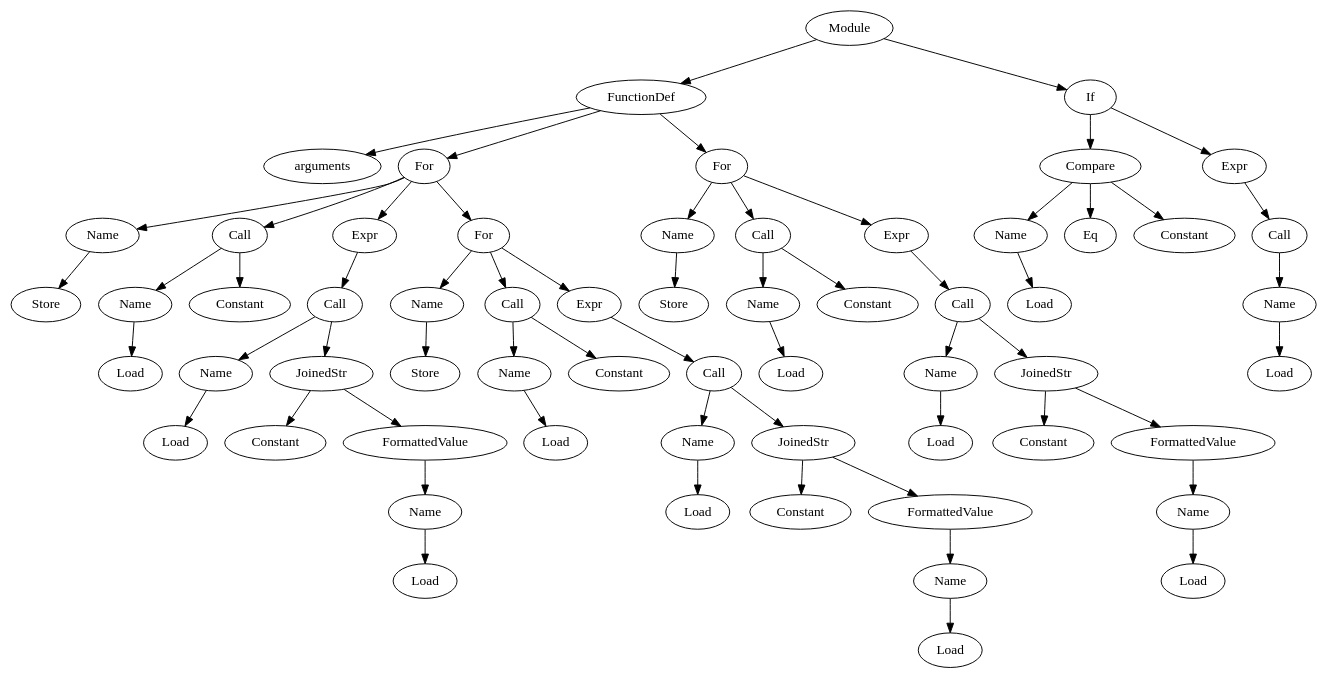
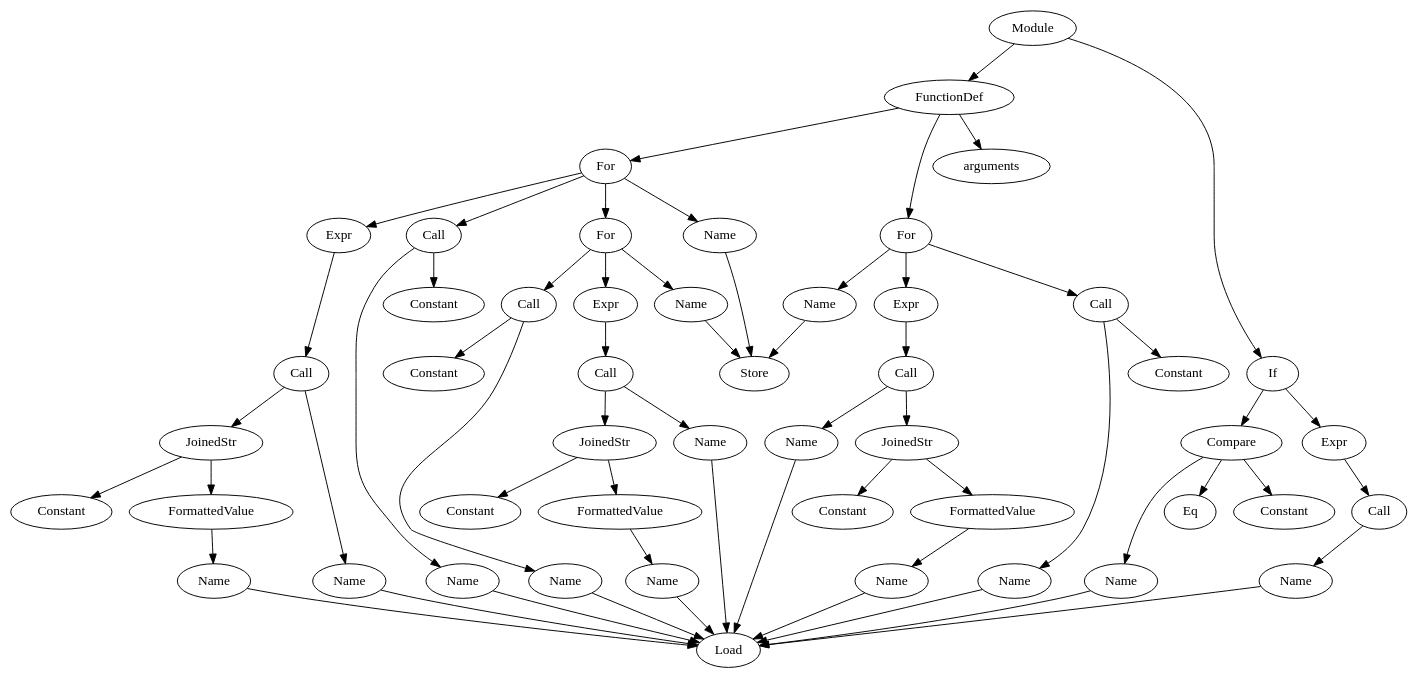
The diagram in output/output.dot (UnTea/Compiler-ish), drawn with Graphviz before and after one commit. The commit also changed 4 other files, not shown here.

Commit message:
add graph ir

```diff
--- a/output/output.dot
+++ b/output/output.dot
@@ -1,123 +1,123 @@
 digraph AST {
-	"0" [label = "Module"]
-	"0" -> "1"
-	"1" [label = "FunctionDef"]
-	"1" -> "2"
-	"2" [label = "arguments"]
-	"1" -> "3"
-	"3" [label = "For"]
-	"3" -> "4"
-	"4" [label = "Name"]
-	"4" -> "5"
-	"5" [label = "Store"]
-	"3" -> "6"
-	"6" [label = "Call"]
-	"6" -> "7"
-	"7" [label = "Name"]
-	"7" -> "8"
-	"8" [label = "Load"]
-	"6" -> "9"
-	"9" [label = "Constant"]
-	"3" -> "10"
-	"10" [label = "Expr"]
-	"10" -> "11"
-	"11" [label = "Call"]
-	"11" -> "12"
-	"12" [label = "Name"]
-	"12" -> "13"
-	"13" [label = "Load"]
-	"11" -> "14"
-	"14" [label = "JoinedStr"]
-	"14" -> "15"
-	"15" [label = "Constant"]
-	"14" -> "16"
-	"16" [label = "FormattedValue"]
-	"16" -> "17"
-	"17" [label = "Name"]
-	"17" -> "18"
-	"18" [label = "Load"]
-	"3" -> "19"
-	"19" [label = "For"]
-	"19" -> "20"
-	"20" [label = "Name"]
-	"20" -> "21"
-	"21" [label = "Store"]
-	"19" -> "22"
-	"22" [label = "Call"]
-	"22" -> "23"
-	"23" [label = "Name"]
-	"23" -> "24"
-	"24" [label = "Load"]
-	"22" -> "25"
-	"25" [label = "Constant"]
-	"19" -> "26"
-	"26" [label = "Expr"]
-	"26" -> "27"
-	"27" [label = "Call"]
-	"27" -> "28"
-	"28" [label = "Name"]
-	"28" -> "29"
-	"29" [label = "Load"]
-	"27" -> "30"
-	"30" [label = "JoinedStr"]
-	"30" -> "31"
-	"31" [label = "Constant"]
-	"30" -> "32"
-	"32" [label = "FormattedValue"]
-	"32" -> "33"
-	"33" [label = "Name"]
-	"33" -> "34"
-	"34" [label = "Load"]
-	"1" -> "35"
-	"35" [label = "For"]
-	"35" -> "36"
-	"36" [label = "Name"]
-	"36" -> "37"
-	"37" [label = "Store"]
-	"35" -> "38"
-	"38" [label = "Call"]
-	"38" -> "39"
-	"39" [label = "Name"]
-	"39" -> "40"
-	"40" [label = "Load"]
-	"38" -> "41"
-	"41" [label = "Constant"]
-	"35" -> "42"
-	"42" [label = "Expr"]
-	"42" -> "43"
-	"43" [label = "Call"]
-	"43" -> "44"
-	"44" [label = "Name"]
-	"44" -> "45"
-	"45" [label = "Load"]
-	"43" -> "46"
-	"46" [label = "JoinedStr"]
-	"46" -> "47"
-	"47" [label = "Constant"]
-	"46" -> "48"
-	"48" [label = "FormattedValue"]
-	"48" -> "49"
-	"49" [label = "Name"]
-	"49" -> "50"
-	"50" [label = "Load"]
-	"0" -> "51"
-	"51" [label = "If"]
-	"51" -> "52"
-	"52" [label = "Compare"]
-	"52" -> "53"
-	"53" [label = "Name"]
-	"53" -> "54"
-	"54" [label = "Load"]
-	"52" -> "55"
-	"55" [label = "Eq"]
-	"52" -> "56"
-	"56" [label = "Constant"]
-	"51" -> "57"
-	"57" [label = "Expr"]
-	"57" -> "58"
-	"58" [label = "Call"]
-	"58" -> "59"
-	"59" [label = "Name"]
-	"59" -> "60"
-	"60" [label = "Load"]
+	"2815428092560" [label = "Module"]
+	"2815428092560" -> "2815428092608"
+	"2815428092560" -> "2815428092656"
+	"2815428092608" [label = "FunctionDef"]
+	"2815428092608" -> "2815428092704"
+	"2815428092608" -> "2815428092752"
+	"2815428092608" -> "2815428092848"
+	"2815428092704" [label = "arguments"]
+	"2815428092752" [label = "For"]
+	"2815428092752" -> "2815428092800"
+	"2815428092752" -> "2815428092896"
+	"2815428092752" -> "2815428092992"
+	"2815428092752" -> "2815428093472"
+	"2815428092800" [label = "Name"]
+	"2815428092800" -> "2815427706944"
+	"2815427706944" [label = "Store"]
+	"2815428092896" [label = "Call"]
+	"2815428092896" -> "2815428092944"
+	"2815428092896" -> "2815428093040"
+	"2815428092944" [label = "Name"]
+	"2815428092944" -> "2815427707040"
+	"2815427707040" [label = "Load"]
+	"2815428093040" [label = "Constant"]
+	"2815428092992" [label = "Expr"]
+	"2815428092992" -> "2815428093088"
+	"2815428093088" [label = "Call"]
+	"2815428093088" -> "2815428093136"
+	"2815428093088" -> "2815428093184"
+	"2815428093136" [label = "Name"]
+	"2815428093136" -> "2815427707040"
+	"2815427707040" [label = "Load"]
+	"2815428093184" [label = "JoinedStr"]
+	"2815428093184" -> "2815428093232"
+	"2815428093184" -> "2815428093280"
+	"2815428093232" [label = "Constant"]
+	"2815428093280" [label = "FormattedValue"]
+	"2815428093280" -> "2815428093328"
+	"2815428093328" [label = "Name"]
+	"2815428093328" -> "2815427707040"
+	"2815427707040" [label = "Load"]
+	"2815428093472" [label = "For"]
+	"2815428093472" -> "2815428093520"
+	"2815428093472" -> "2815428093616"
+	"2815428093472" -> "2815428093760"
+	"2815428093520" [label = "Name"]
+	"2815428093520" -> "2815427706944"
+	"2815427706944" [label = "Store"]
+	"2815428093616" [label = "Call"]
+	"2815428093616" -> "2815428093664"
+	"2815428093616" -> "2815428093712"
+	"2815428093664" [label = "Name"]
+	"2815428093664" -> "2815427707040"
+	"2815427707040" [label = "Load"]
+	"2815428093712" [label = "Constant"]
+	"2815428093760" [label = "Expr"]
+	"2815428093760" -> "2815428093808"
+	"2815428093808" [label = "Call"]
+	"2815428093808" -> "2815428093856"
+	"2815428093808" -> "2815428093904"
+	"2815428093856" [label = "Name"]
+	"2815428093856" -> "2815427707040"
+	"2815427707040" [label = "Load"]
+	"2815428093904" [label = "JoinedStr"]
+	"2815428093904" -> "2815428093952"
+	"2815428093904" -> "2815428094000"
+	"2815428093952" [label = "Constant"]
+	"2815428094000" [label = "FormattedValue"]
+	"2815428094000" -> "2815428094048"
+	"2815428094048" [label = "Name"]
+	"2815428094048" -> "2815427707040"
+	"2815427707040" [label = "Load"]
+	"2815428092848" [label = "For"]
+	"2815428092848" -> "2815428093568"
+	"2815428092848" -> "2815428094192"
+	"2815428092848" -> "2815428094336"
+	"2815428093568" [label = "Name"]
+	"2815428093568" -> "2815427706944"
+	"2815427706944" [label = "Store"]
+	"2815428094192" [label = "Call"]
+	"2815428094192" -> "2815428094240"
+	"2815428094192" -> "2815428094288"
+	"2815428094240" [label = "Name"]
+	"2815428094240" -> "2815427707040"
+	"2815427707040" [label = "Load"]
+	"2815428094288" [label = "Constant"]
+	"2815428094336" [label = "Expr"]
+	"2815428094336" -> "2815428094384"
+	"2815428094384" [label = "Call"]
+	"2815428094384" -> "2815428094432"
+	"2815428094384" -> "2815428094480"
+	"2815428094432" [label = "Name"]
+	"2815428094432" -> "2815427707040"
+	"2815427707040" [label = "Load"]
+	"2815428094480" [label = "JoinedStr"]
+	"2815428094480" -> "2815428094528"
+	"2815428094480" -> "2815428094576"
+	"2815428094528" [label = "Constant"]
+	"2815428094576" [label = "FormattedValue"]
+	"2815428094576" -> "2815428094624"
+	"2815428094624" [label = "Name"]
+	"2815428094624" -> "2815427707040"
+	"2815427707040" [label = "Load"]
+	"2815428092656" [label = "If"]
+	"2815428092656" -> "2815428094768"
+	"2815428092656" -> "2815428094960"
+	"2815428094768" [label = "Compare"]
+	"2815428094768" -> "2815428094816"
+	"2815428094768" -> "2815427711840"
+	"2815428094768" -> "2815428094912"
+	"2815428094816" [label = "Name"]
+	"2815428094816" -> "2815427707040"
+	"2815427707040" [label = "Load"]
+	"2815427711840" [label = "Eq"]
+	"2815428094912" [label = "Constant"]
+	"2815428094960" [label = "Expr"]
+	"2815428094960" -> "2815428095008"
+	"2815428095008" [label = "Call"]
+	"2815428095008" -> "2815428095056"
+	"2815428095056" [label = "Name"]
+	"2815428095056" -> "2815427707040"
+	"2815427707040" [label = "Load"]
 }
```
